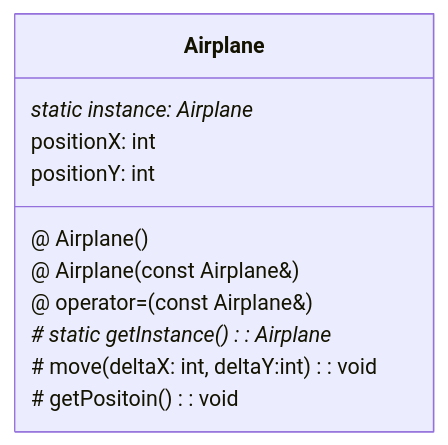
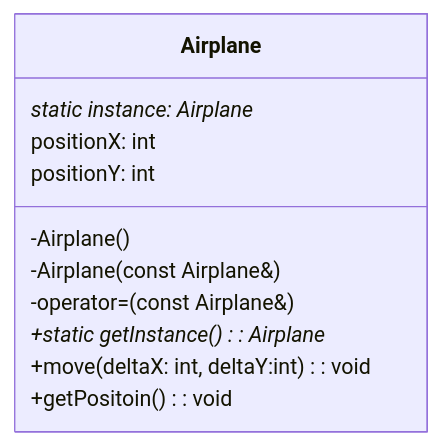
One commit to gemini9764/obsidian_remote changed the first of 3 diagrams in Spaces/Unreal Engine/스파르타/디자인 패턴.md. Above: the diagram before and after it, drawn with Mermaid. The commit also changed other lines of this file and 2 other files, not shown here.

````diff
--- a/Spaces/Unreal Engine/스파르타/디자인 패턴.md
+++ b/Spaces/Unreal Engine/스파르타/디자인 패턴.md
@@ -28,14 +28,14 @@
 ```mermaid
 classDiagram
 class Airplane{
 static instance: Airplane*
 positionX: int
 positionY: int
-@ Airplane()
-@ Airplane(const Airplane&)
-@ operator=(const Airplane&)
-# static getInstance(): Airplane*
-# move(deltaX: int, deltaY:int): void
-# getPositoin(): void
+-Airplane()
+-Airplane(const Airplane&)
+-operator=(const Airplane&)
++static getInstance(): Airplane*
++move(deltaX: int, deltaY:int): void
++getPositoin(): void
 }
 ```
````
